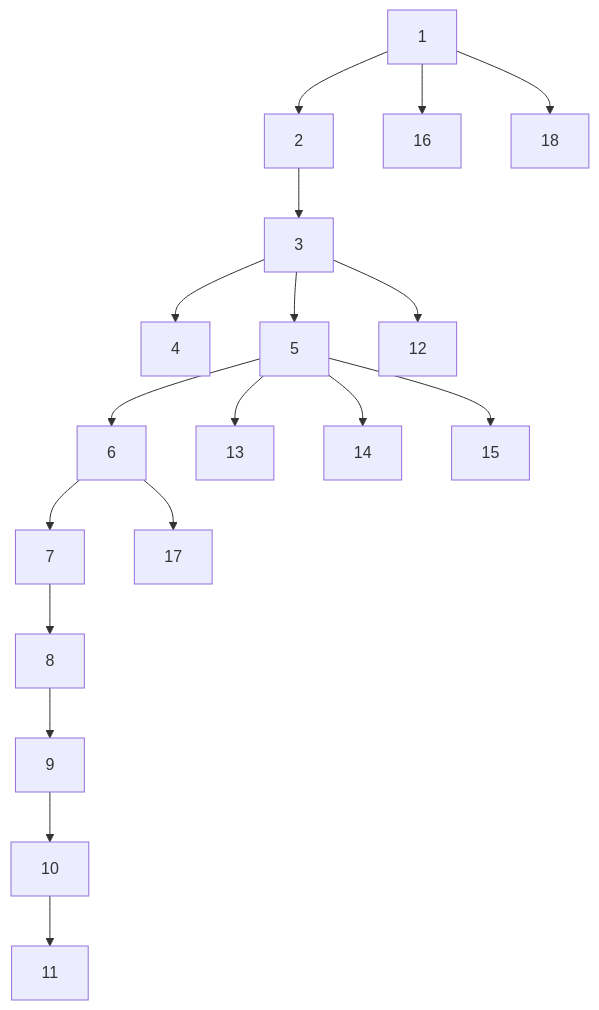
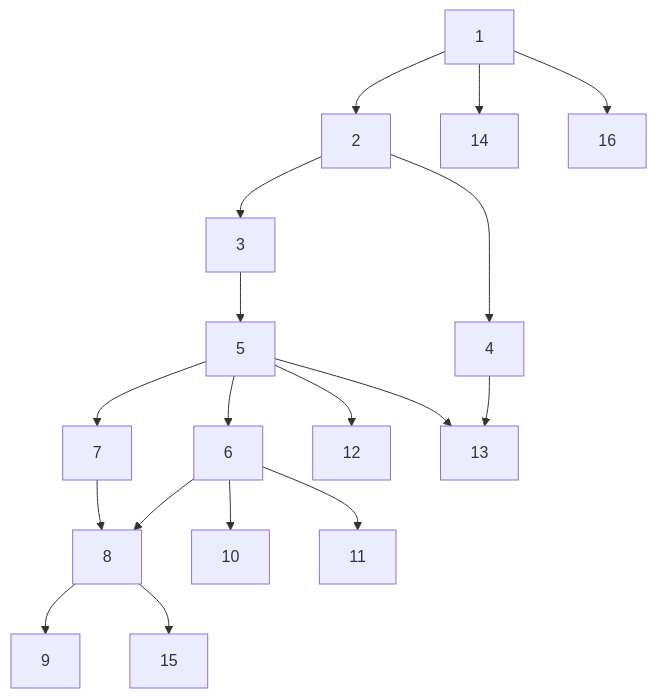
The diagram in README.md (Naviden/AI-and-Big-Data-Course), drawn with Mermaid before and after one commit. The commit also changed other lines of this file and 2 other files, not shown here.

````diff
--- a/README.md
+++ b/README.md
@@ -30,22 +31,22 @@
 ```mermaid
 graph TD;
     1-->2;
 	1-->16;
+	1-->14;
 	2-->3;
-	3-->4;
+	2-->4;
 	3-->5;
+	4-->13;
 	5-->6;
-	6-->7;
+	5-->7;
+	5-->12;
+	5-->13;
+	6-->8;
 	7-->8;
+	6-->10;
+	6-->11;
 	8-->9;
-	9-->10;
-	10-->11;
-	3-->12;
-	5-->13;
-	5-->14;
-	5-->15;
-	6-->17;
-	1-->18;
+	8-->15;
 
     
 ```
````
